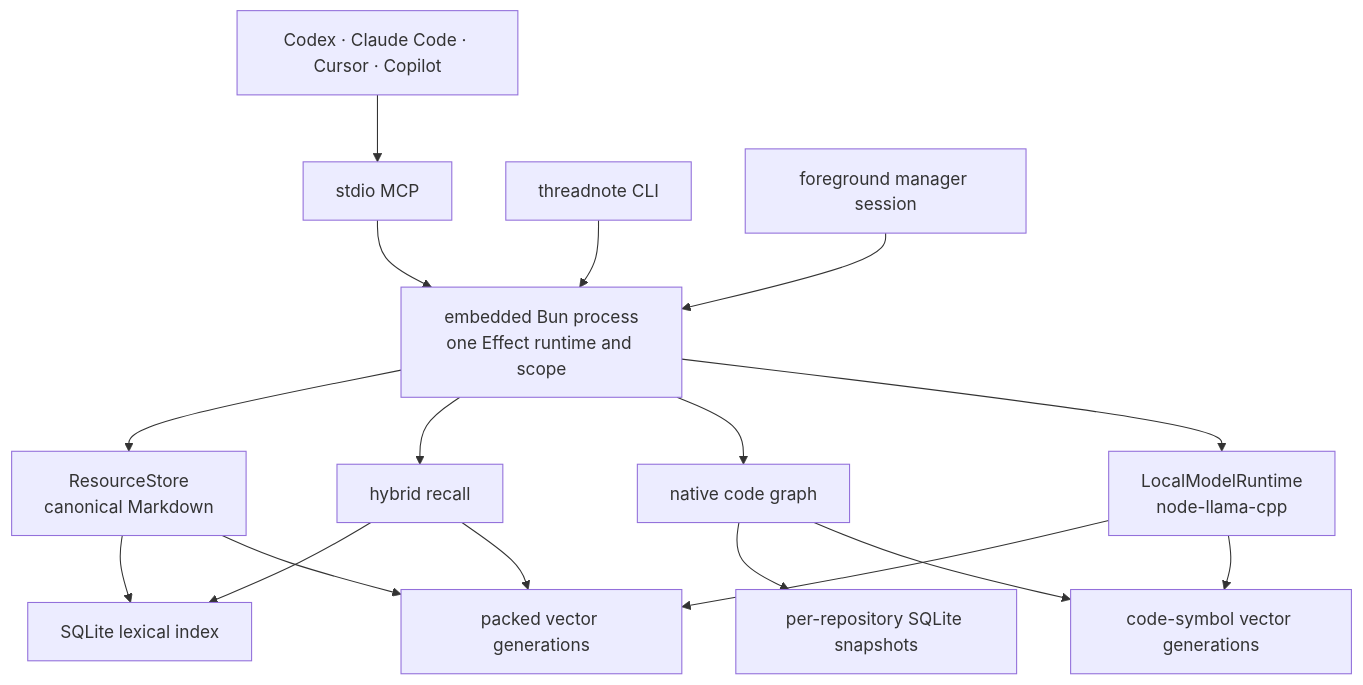
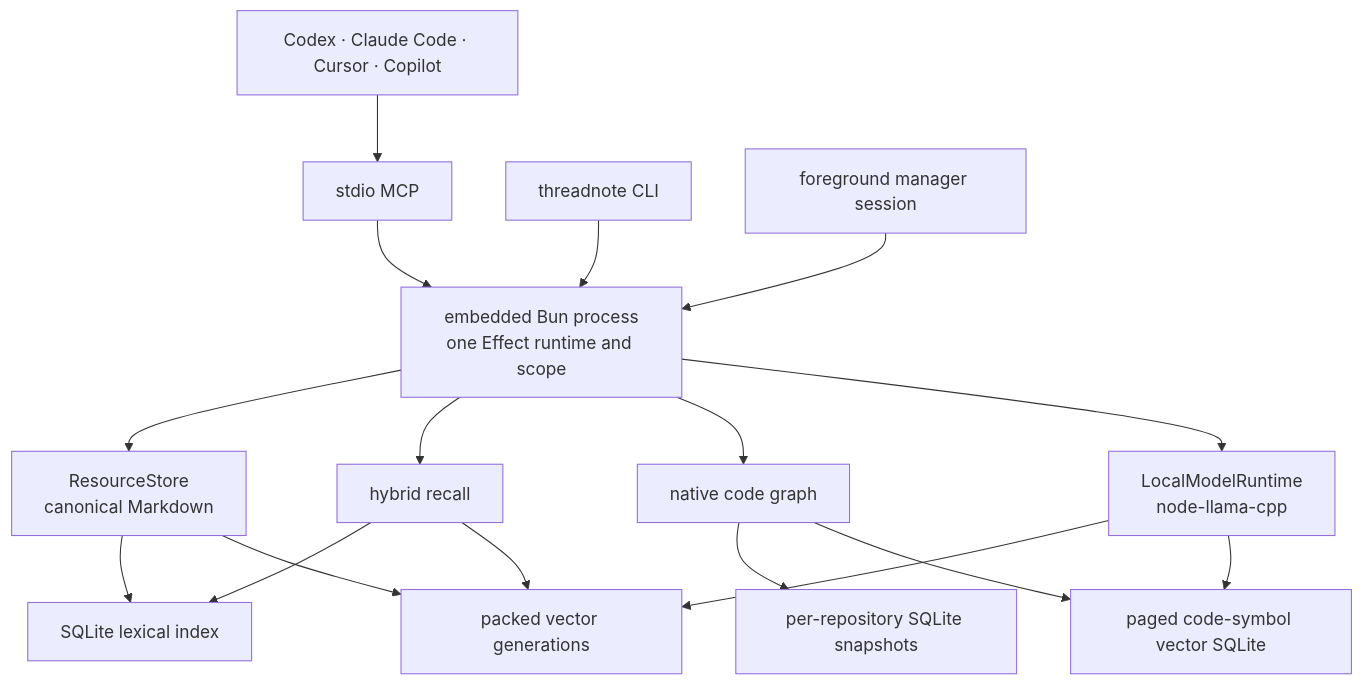
The diagram in docs/architecture.md (Kashkovsky/threadnote), drawn with Mermaid before and after one commit. The commit also changed other lines of this file and 76 other files, not shown here.

Commit message:
feat(code-graph): add extensible polyglot language packs

````diff
--- a/docs/architecture.md
+++ b/docs/architecture.md
@@ -20,19 +20,19 @@
 ```mermaid
 flowchart TD
     Agents["Codex · Claude Code · Cursor · Copilot"] --> MCP["stdio MCP"]
     CLI["threadnote CLI"] --> Runtime["embedded Bun process<br/>one Effect runtime and scope"]
     MCP --> Runtime
     Manager["foreground manager session"] --> Runtime
     Runtime --> Store["ResourceStore<br/>canonical Markdown"]
     Runtime --> Recall["hybrid recall"]
     Runtime --> CodeGraph["native code graph"]
     Runtime --> Models["LocalModelRuntime<br/>node-llama-cpp"]
     Recall --> Lexical["SQLite lexical index"]
     Recall --> Vectors["packed vector generations"]
     Models --> Vectors
     CodeGraph --> GraphSqlite["per-repository SQLite snapshots"]
-    CodeGraph --> GraphVectors["code-symbol vector generations"]
+    CodeGraph --> GraphVectors["paged code-symbol vector SQLite"]
     Models --> GraphVectors
     Store --> Lexical
     Store --> Vectors
 ```
````
